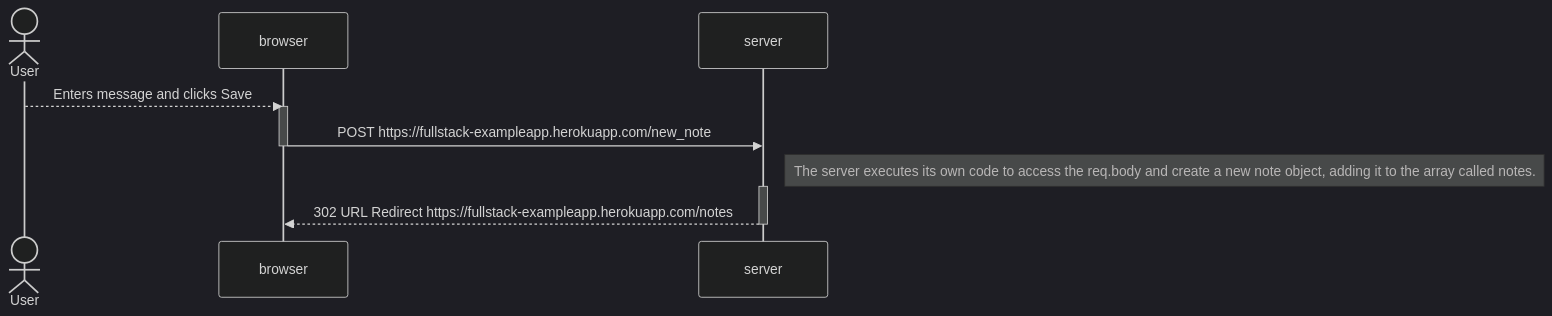
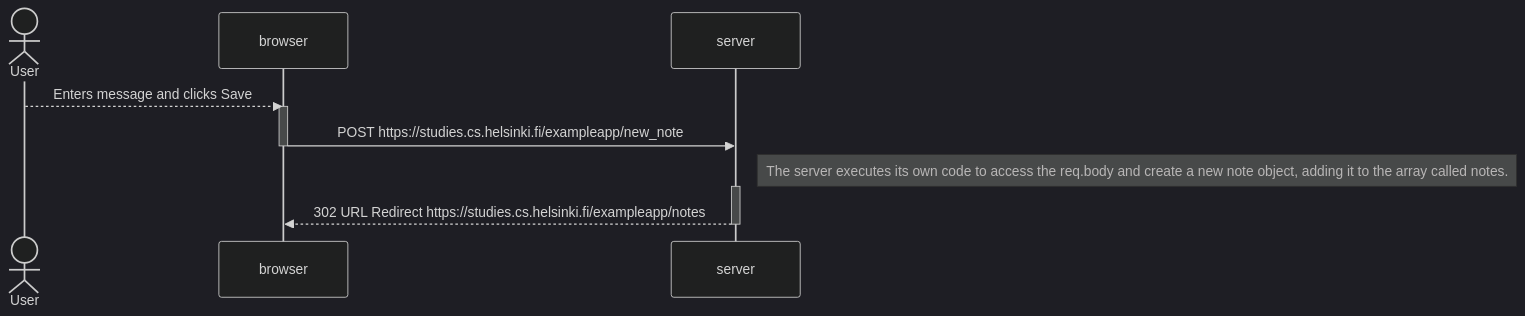
The diagram in part0/0-4-new-note-diagram.md (sarahlwelton/fullstackopen_exercises), drawn with Mermaid (dark theme) before and after one commit. The commit also changed 2 other files, not shown here.

Commit message:
Changing URL in 0-4
Creating 0-5 and 0-6

````diff
--- a/part0/0-4-new-note-diagram.md
+++ b/part0/0-4-new-note-diagram.md
@@ -1,19 +1,19 @@
 ```mermaid
 sequenceDiagram
 
 actor User
 participant browser
 participant server
 
 User-->>browser: Enters message and clicks Save
 activate browser
-browser->>server: POST https://fullstack-exampleapp.herokuapp.com/new_note
+browser->>server: POST https://studies.cs.helsinki.fi/exampleapp/new_note
 deactivate browser
 
 Note right of server: The server executes its own code to access the req.body and create a new note object, adding it to the array called notes.
 
 activate server
-server-->>browser: 302 URL Redirect https://fullstack-exampleapp.herokuapp.com/notes
+server-->>browser: 302 URL Redirect https://studies.cs.helsinki.fi/exampleapp/notes
 deactivate server
 
 ```
````
